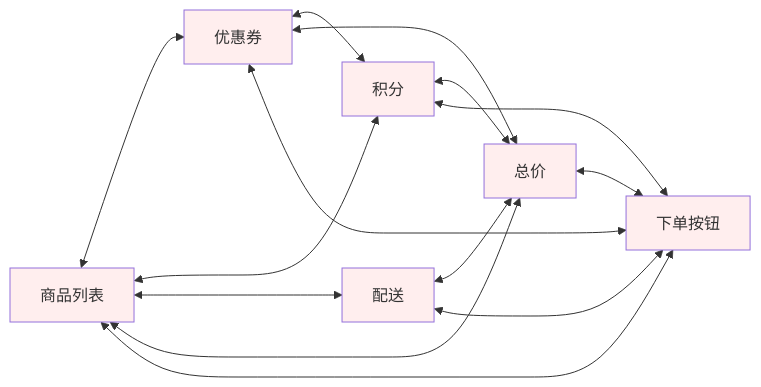
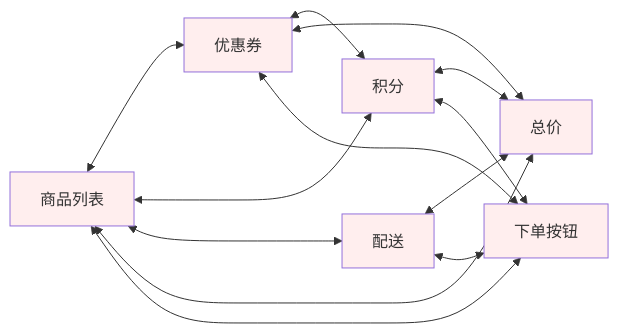
The first of 6 diagrams in docs/08.编程/03.巧学设计模式/21.中介者模式设计思想.md (chongyang211/YCBookBlog), drawn with Mermaid before and after one commit. The commit also changed other lines of this file and 13 other files, not shown here.

````diff
--- a/docs/08.编程/03.巧学设计模式/21.中介者模式设计思想.md
+++ b/docs/08.编程/03.巧学设计模式/21.中介者模式设计思想.md
@@ -67,22 +94,21 @@
 ```mermaid
 flowchart LR
     G[商品列表] <--> C[优惠券]
     G <--> P[积分]
     G <--> S[配送]
     G <--> T[总价]
     G <--> B[下单按钮]
     C <--> P
     C <--> T
     C <--> B
     P <--> T
     P <--> B
     S <--> T
     S <--> B
-    T <--> B
     style G fill:#fee
     style C fill:#fee
     style P fill:#fee
     style S fill:#fee
     style T fill:#fee
     style B fill:#fee
 ```
````
